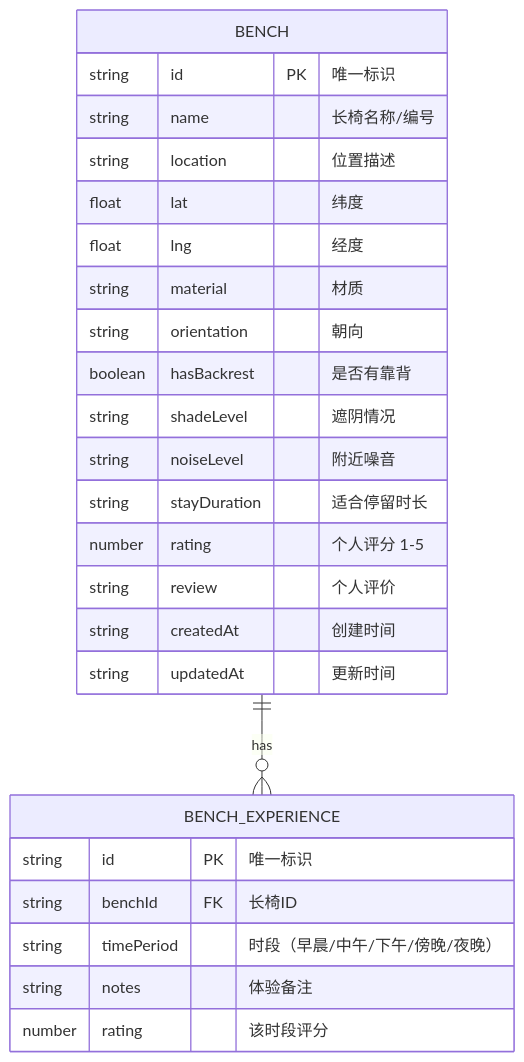
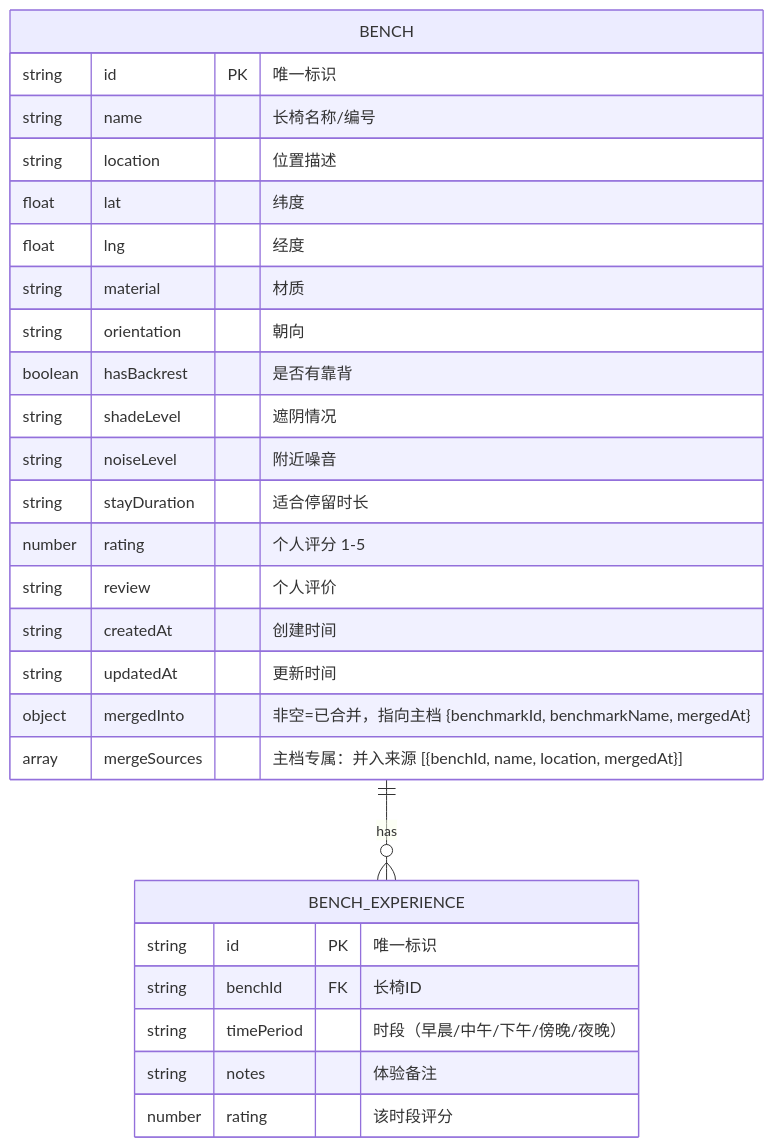
Before and after one commit to aliAjax/pair-wise-yf-2-d0cx: the second of 2 diagrams in .trae/documents/技术架构.md, drawn with Mermaid. The commit also changed other lines of this file and 11 other files, not shown here.

````diff
--- a/.trae/documents/技术架构.md
+++ b/.trae/documents/技术架构.md
@@ -46,30 +48,32 @@
 ```mermaid
 erDiagram
     BENCH {
         string id PK "唯一标识"
         string name "长椅名称/编号"
         string location "位置描述"
         float lat "纬度"
         float lng "经度"
         string material "材质"
         string orientation "朝向"
         boolean hasBackrest "是否有靠背"
         string shadeLevel "遮阴情况"
         string noiseLevel "附近噪音"
         string stayDuration "适合停留时长"
         number rating "个人评分 1-5"
         string review "个人评价"
         string createdAt "创建时间"
         string updatedAt "更新时间"
+        object mergedInto "非空=已合并，指向主档 {benchmarkId, benchmarkName, mergedAt}"
+        array mergeSources "主档专属：并入来源 [{benchId, name, location, mergedAt}]"
     }
     
     BENCH_EXPERIENCE {
         string id PK "唯一标识"
         string benchId FK "长椅ID"
         string timePeriod "时段（早晨/中午/下午/傍晚/夜晚）"
         string notes "体验备注"
         number rating "该时段评分"
     }
     
     BENCH ||--o{ BENCH_EXPERIENCE : has
 ```
````
